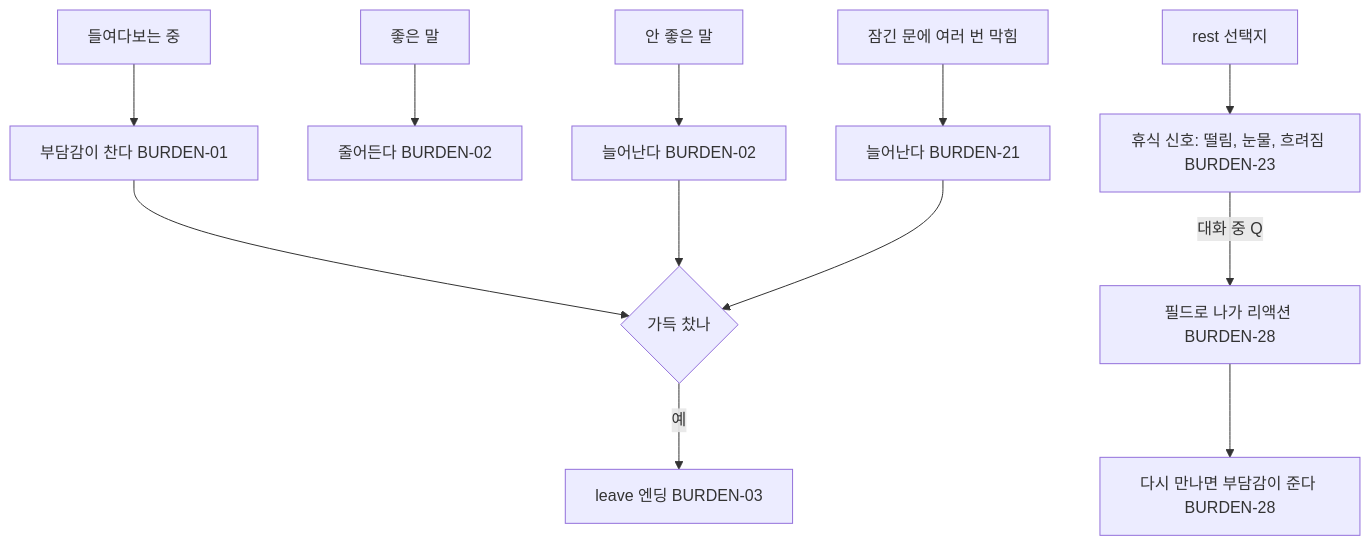
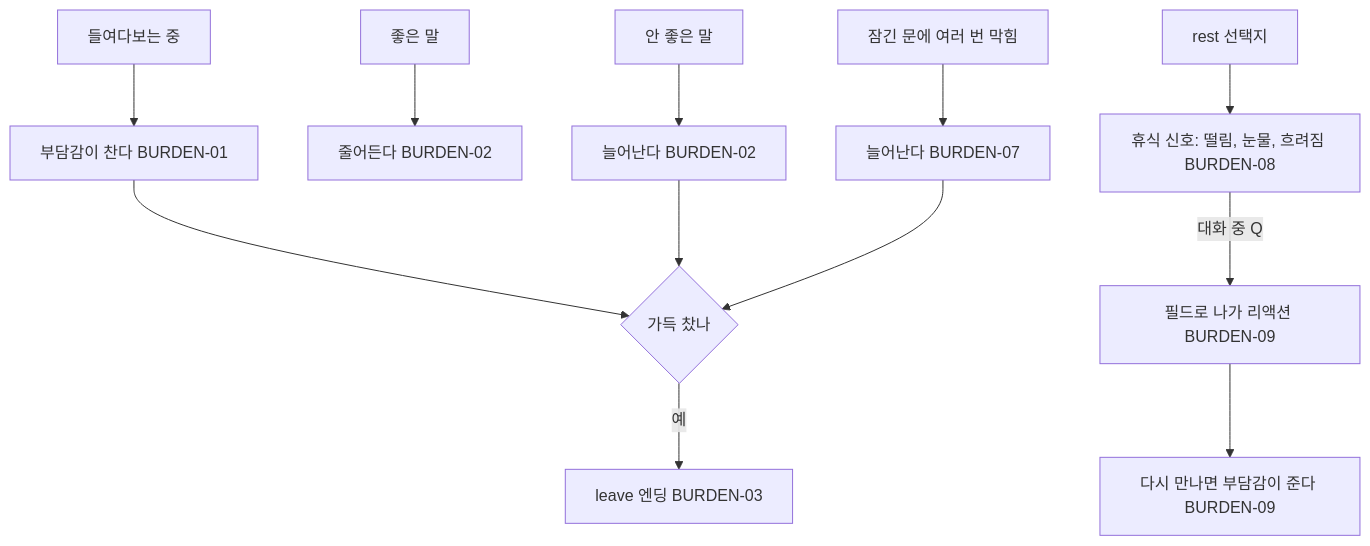
Before and after one commit to xpaklove12-lang/Corner1: the diagram in docs/specs/burden.md, drawn with Mermaid. The commit also changed other lines of this file and 9 other files, not shown here.

````diff
--- a/docs/specs/burden.md
+++ b/docs/specs/burden.md
@@ -9,14 +9,14 @@
 ```mermaid
 flowchart TD
     A[들여다보는 중] --> B[부담감이 찬다 BURDEN-01]
     C[좋은 말] --> D[줄어든다 BURDEN-02]
     E[안 좋은 말] --> F[늘어난다 BURDEN-02]
-    G[잠긴 문에 여러 번 막힘] --> H[늘어난다 BURDEN-21]
+    G[잠긴 문에 여러 번 막힘] --> H[늘어난다 BURDEN-07]
     B --> I{가득 찼나}
     F --> I
     H --> I
     I -->|예| J[leave 엔딩 BURDEN-03]
-    K[rest 선택지] --> L[휴식 신호: 떨림, 눈물, 흐려짐 BURDEN-23]
-    L -->|대화 중 Q| M[필드로 나가 리액션 BURDEN-28]
-    M --> N[다시 만나면 부담감이 준다 BURDEN-28]
+    K[rest 선택지] --> L[휴식 신호: 떨림, 눈물, 흐려짐 BURDEN-08]
+    L -->|대화 중 Q| M[필드로 나가 리액션 BURDEN-09]
+    M --> N[다시 만나면 부담감이 준다 BURDEN-09]
 ```
````
